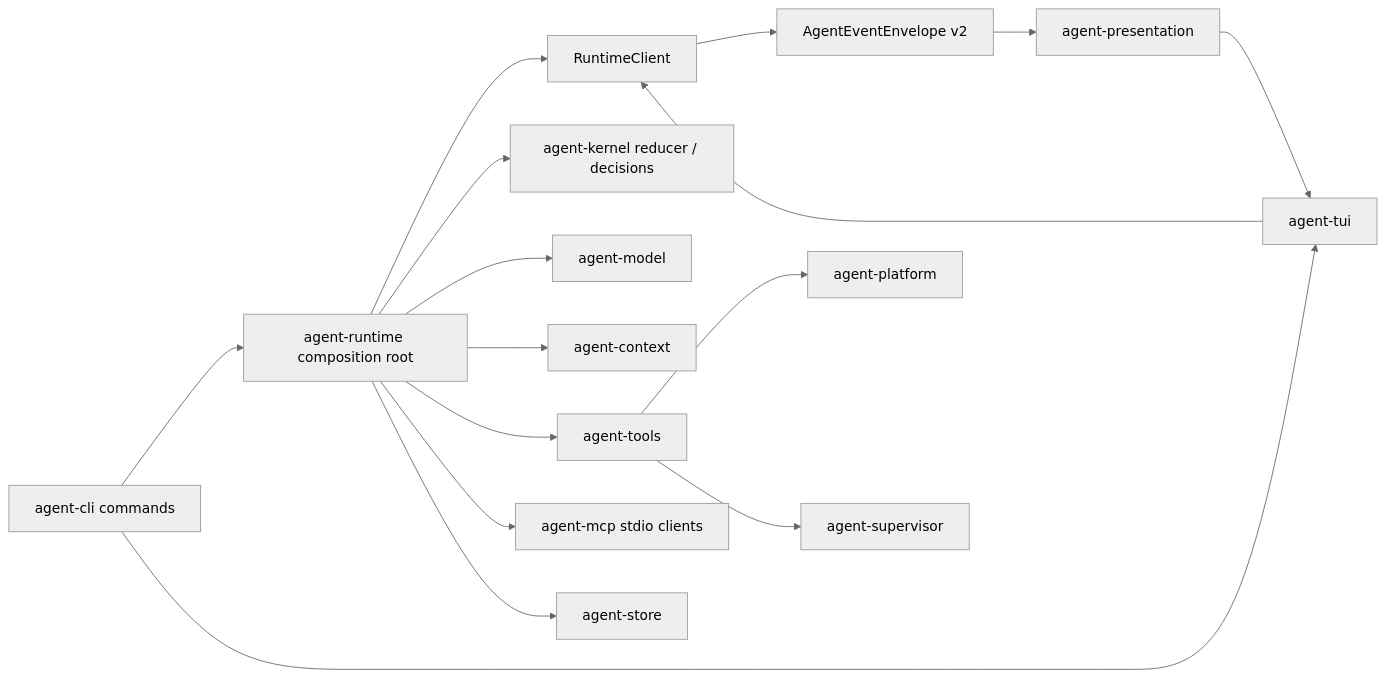
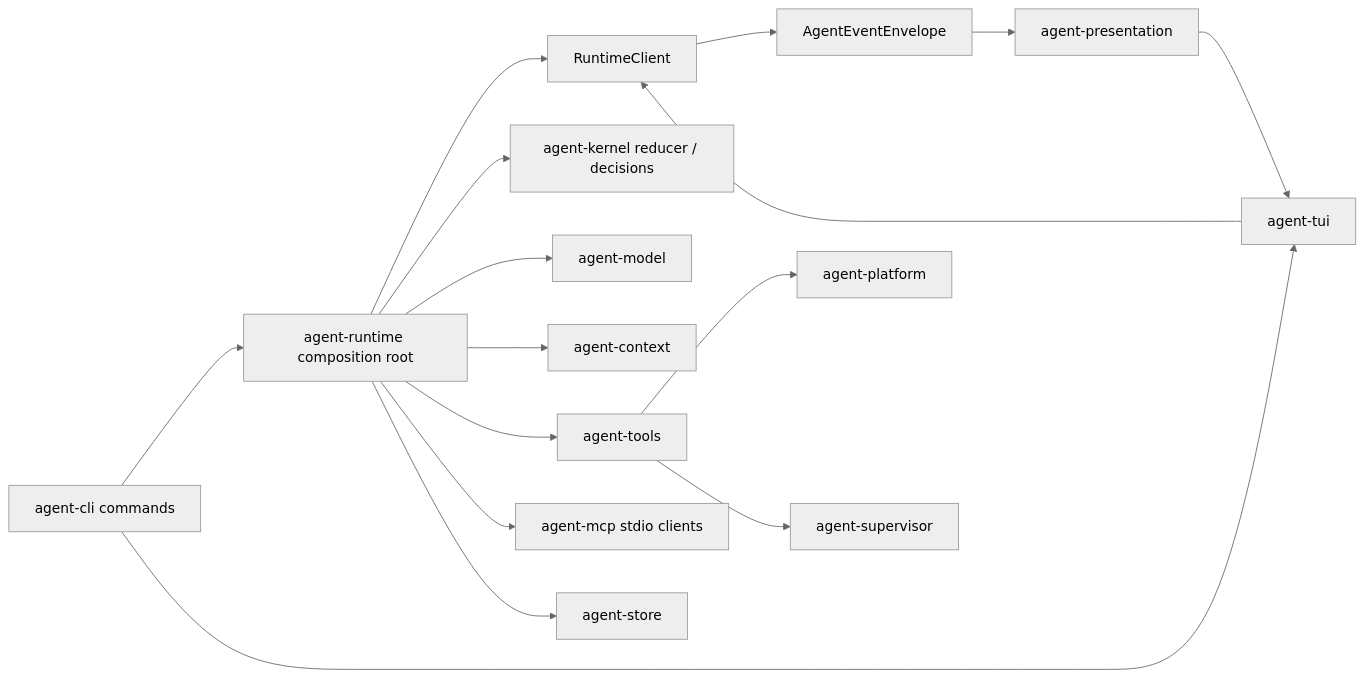
Before and after one commit to hututuQQQ/sigma: the diagram in README.md, drawn with Mermaid (neutral theme). The commit also changed other lines of this file and 37 other files, not shown here.

````diff
--- a/README.md
+++ b/README.md
@@ -7,18 +7,18 @@
 ```mermaid
 flowchart LR
   CLI["agent-cli commands"] --> ROOT["agent-runtime composition root"]
   CLI --> TUI["agent-tui"]
   ROOT --> RC["RuntimeClient"]
   TUI --> RC
   ROOT --> K["agent-kernel reducer / decisions"]
   ROOT --> M["agent-model"]
   ROOT --> C["agent-context"]
   ROOT --> TOOLS["agent-tools"]
   ROOT --> MCP["agent-mcp stdio clients"]
   ROOT --> STORE["agent-store"]
   TOOLS --> PLATFORM["agent-platform"]
   TOOLS --> SUP["agent-supervisor"]
-  RC --> EVENTS["AgentEventEnvelope v2"]
+  RC --> EVENTS["AgentEventEnvelope"]
   EVENTS --> PRESENT["agent-presentation"]
   PRESENT --> TUI
 ```
````
